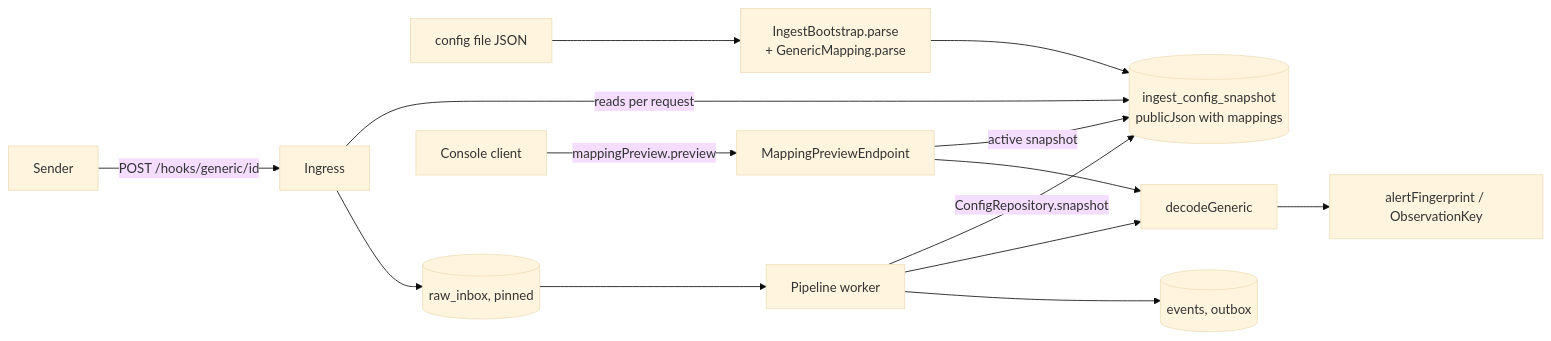
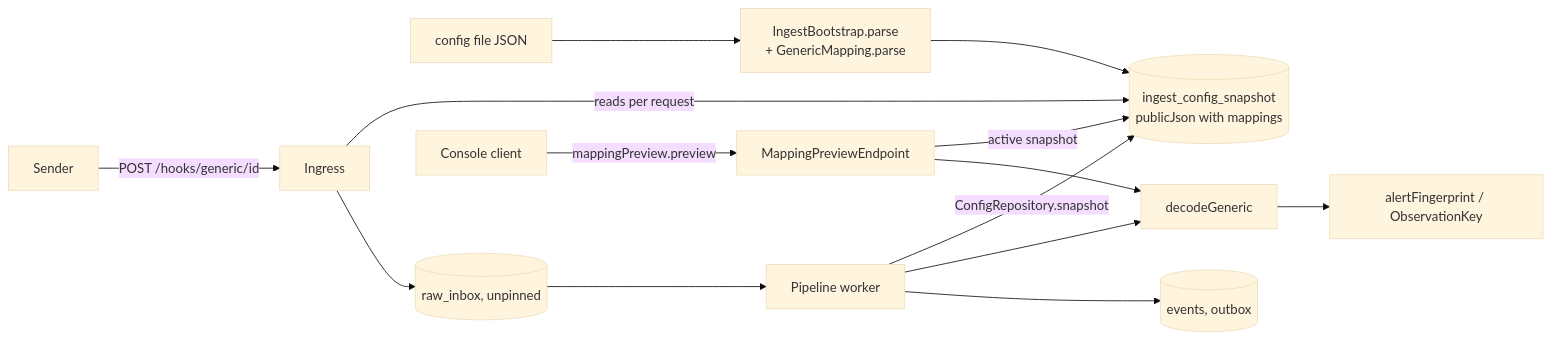
Before and after one commit to sh1ny/correlia: the first of 3 diagrams in openspec/changes/thanos-and-generic-webhook/design.md, drawn with Mermaid (base theme). The commit also changed other lines of this file and 4 other files, not shown here.

````diff
--- a/openspec/changes/thanos-and-generic-webhook/design.md
+++ b/openspec/changes/thanos-and-generic-webhook/design.md
@@ -437,16 +462,16 @@
 ```mermaid
 flowchart LR
   F[config file JSON] --> B[IngestBootstrap.parse<br/>+ GenericMapping.parse]
   B --> S[(ingest_config_snapshot<br/>publicJson with mappings)]
   Sender -->|POST /hooks/generic/id| I[Ingress]
   I -->|reads per request| S
-  I --> R[(raw_inbox, pinned)]
+  I --> R[(raw_inbox, unpinned)]
   R --> P[Pipeline worker]
   P -->|ConfigRepository.snapshot| S
   P --> G[decodeGeneric]
   G --> E[alertFingerprint / ObservationKey]
   P --> O[(events, outbox)]
   C[Console client] -->|mappingPreview.preview| V[MappingPreviewEndpoint]
   V -->|active snapshot| S
   V --> G
 ```
````
